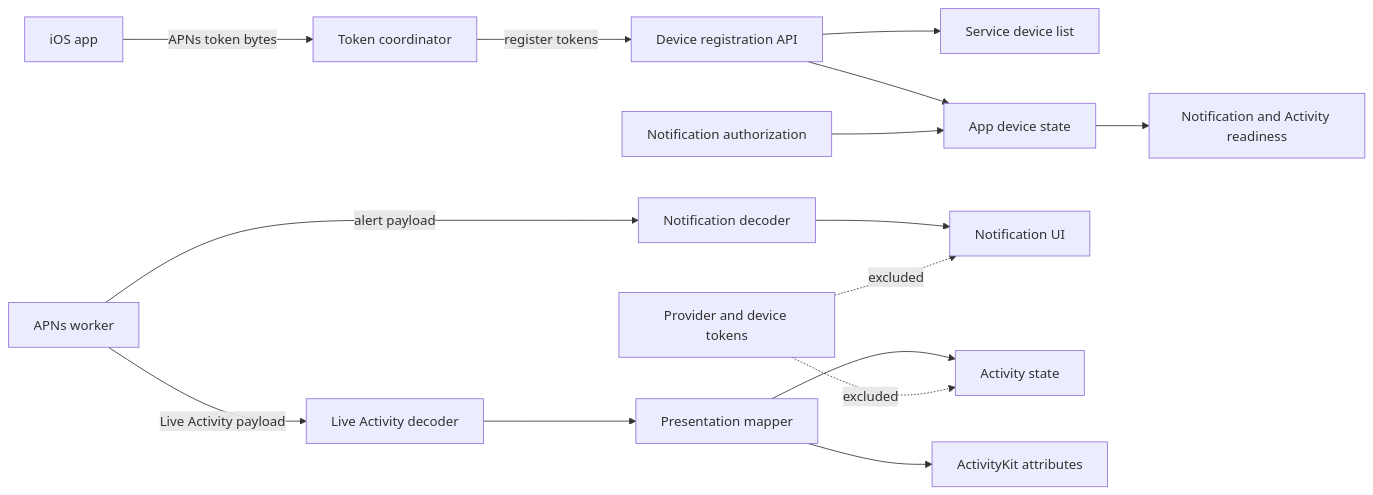
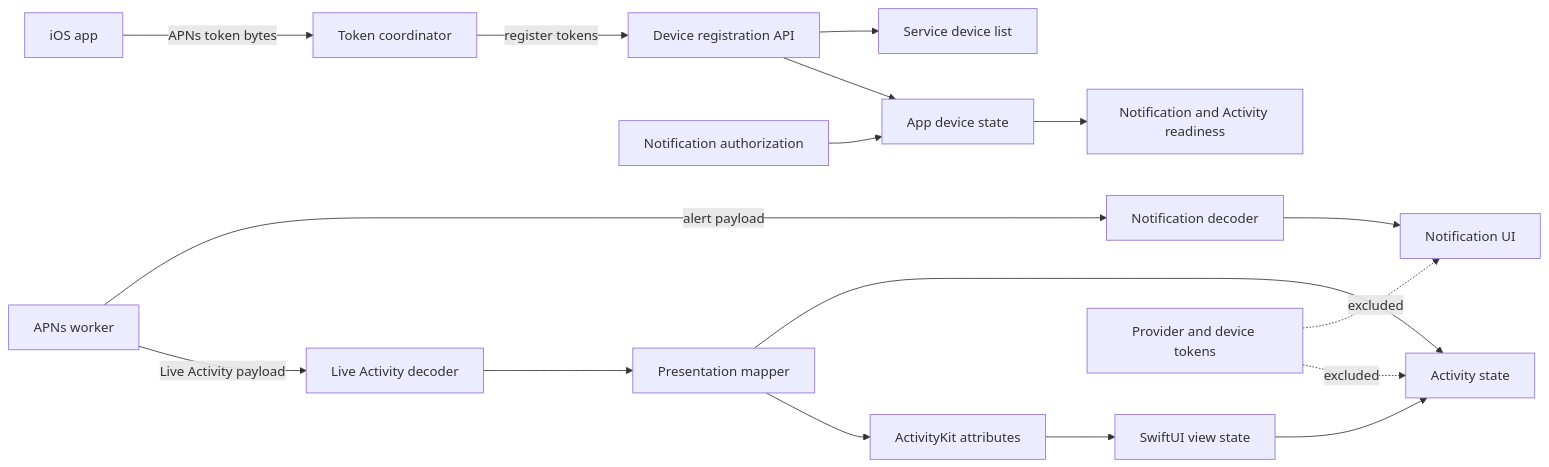
The diagram in docs/ios.md (dotbrains/beam), drawn with Mermaid before and after one commit. The commit also changed other lines of this file and 2 other files, not shown here.

Commit message:
feat: add Live Activity view state

````diff
--- a/docs/ios.md
+++ b/docs/ios.md
@@ -8,17 +8,19 @@
 ```mermaid
 flowchart LR
   app[iOS app] -->|APNs token bytes| coordinator[Token coordinator]
   coordinator -->|register tokens| api[Device registration API]
   api --> service[Service device list]
   api --> deviceState[App device state]
   permission[Notification authorization] --> deviceState
   deviceState --> routing[Notification and Activity readiness]
   worker[APNs worker] -->|alert payload| notification[Notification decoder]
   worker -->|Live Activity payload| activity[Live Activity decoder]
   notification --> ui[Notification UI]
   activity --> presentation[Presentation mapper]
   presentation --> live[Activity state]
   presentation --> attributes[ActivityKit attributes]
+  attributes --> viewState[SwiftUI view state]
+  viewState --> live
   secrets[Provider and device tokens] -. excluded .-> ui
   secrets -. excluded .-> live
 ```
````
